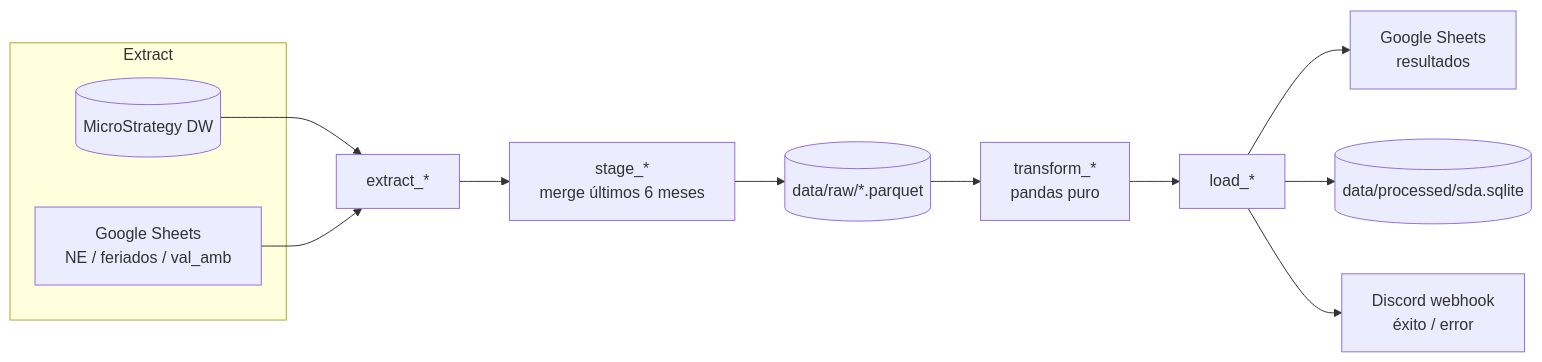
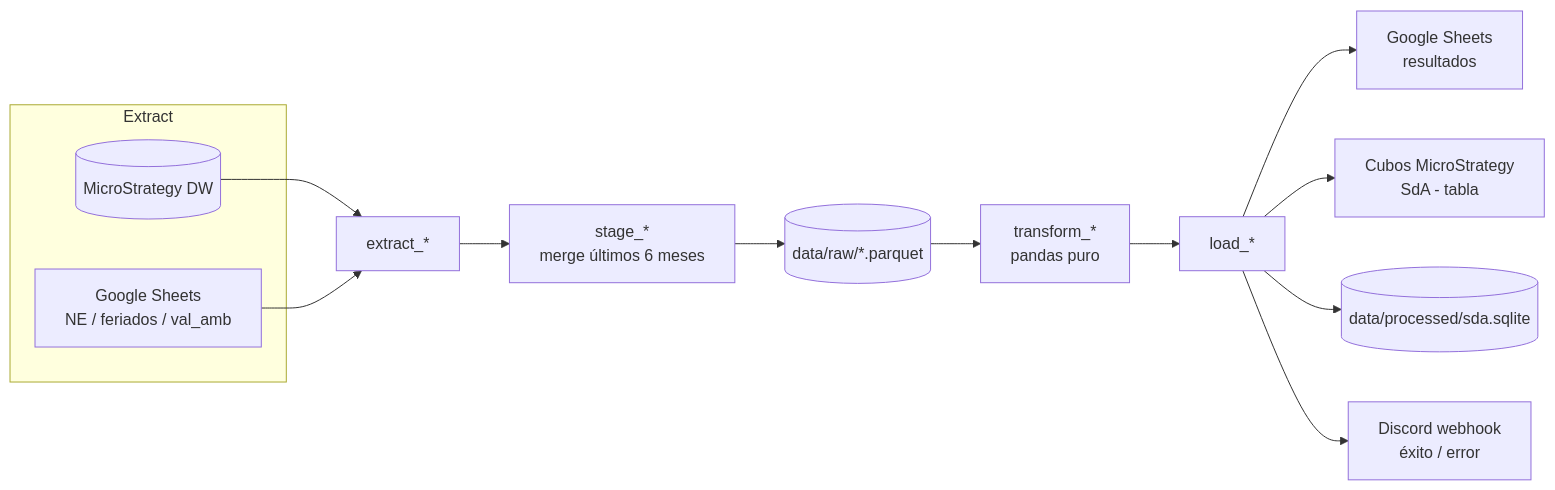
The first of 2 diagrams in README.md (maxsosa-ss/SdA_2026_2027), drawn with Mermaid before and after one commit. The commit also changed other lines of this file, not shown here.

Commit message:
Update README.md to clarify MicroStrategy cube updates and local testing instructions

````diff
--- a/README.md
+++ b/README.md
@@ -24,18 +24,19 @@
 ```mermaid
 flowchart LR
     subgraph Extract
         MSTR[(MicroStrategy DW)]
         GS_in[Google Sheets<br/>NE / feriados / val_amb]
     end
 
     MSTR --> E[extract_*]
     GS_in --> E
 
     E --> S[stage_*<br/>merge últimos 6 meses]
     S --> RAW[(data/raw/*.parquet)]
     RAW --> T[transform_*<br/>pandas puro]
     T --> L[load_*]
     L --> GS_out[Google Sheets<br/>resultados]
+    L --> CUBOS[Cubos MicroStrategy<br/>SdA - tabla]
     L --> SQLITE[(data/processed/sda.sqlite)]
     L --> DISCORD[Discord webhook<br/>éxito / error]
 ```
````
